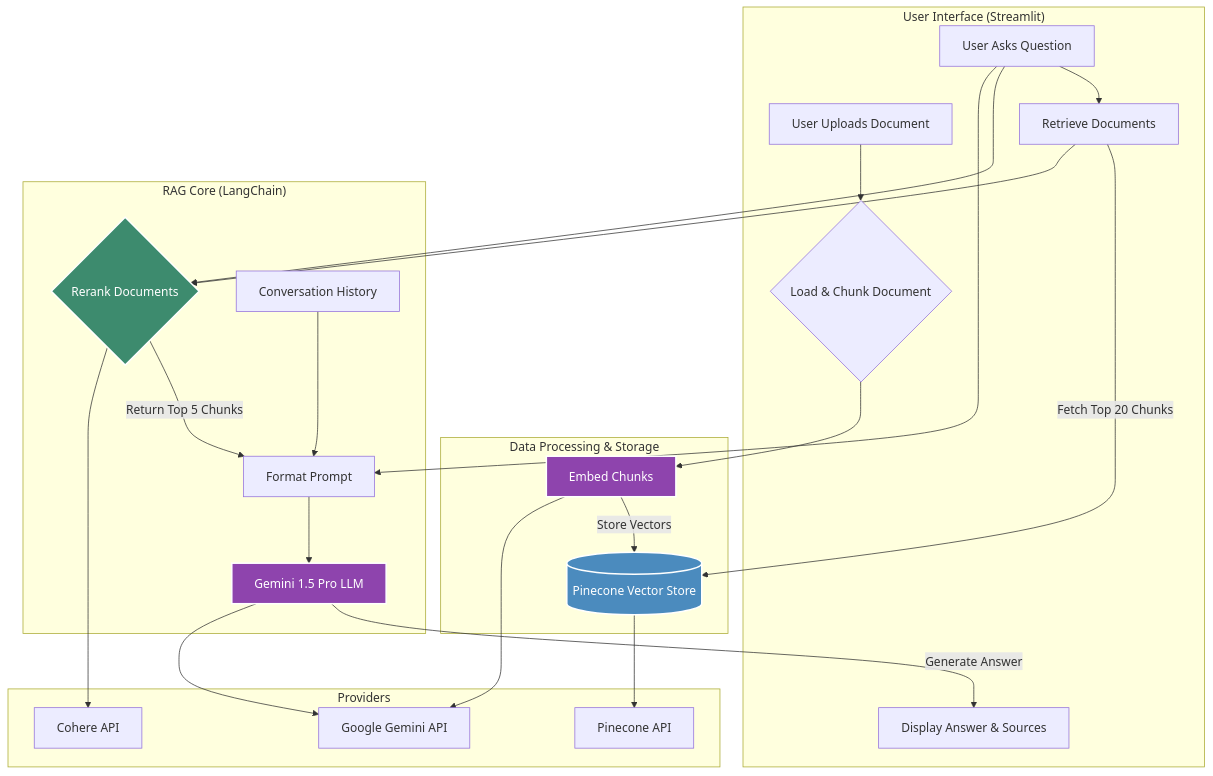
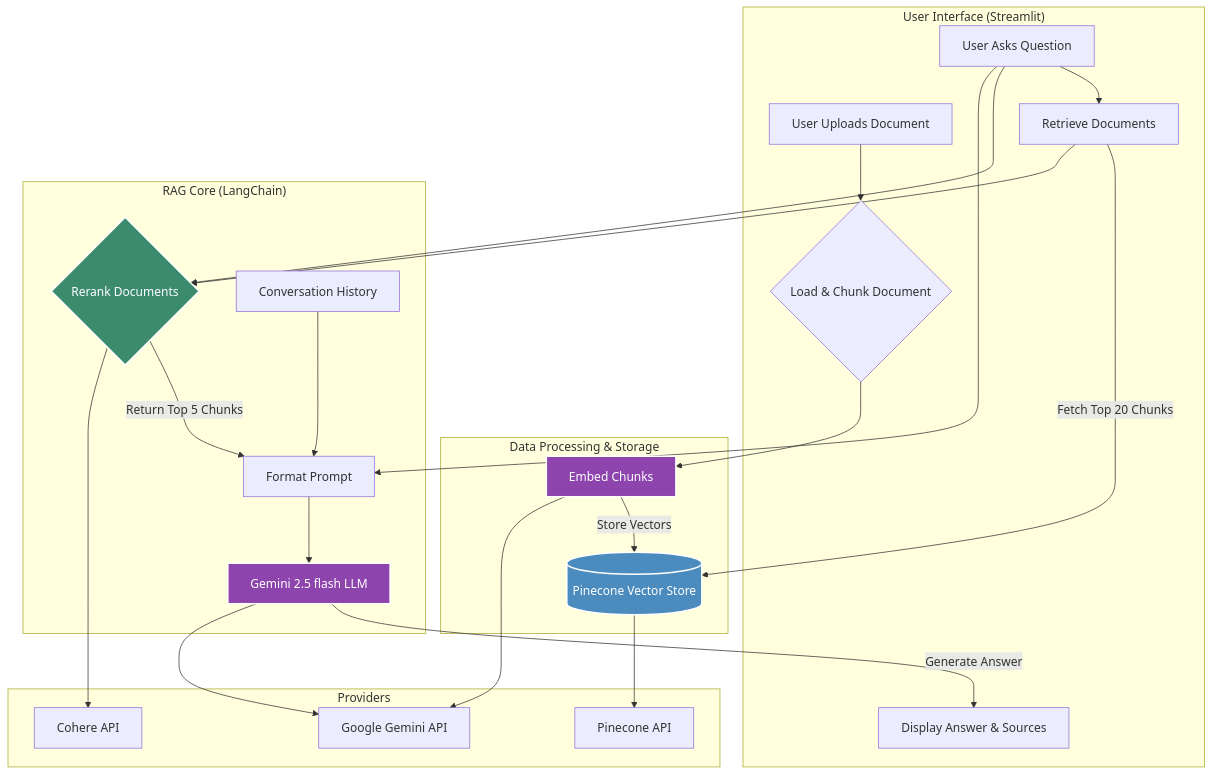
Before and after one commit to yashkahalkar/mini-RAG: the diagram in README.md, drawn with Mermaid. The commit also changed other lines of this file, not shown here.

````diff
--- a/README.md
+++ b/README.md
@@ -40,40 +40,40 @@
 ```mermaid
 graph TD
     subgraph "User Interface (Streamlit)"
         A[User Uploads Document] --> B{Load & Chunk Document};
         C[User Asks Question] --> F[Retrieve Documents];
         L[Display Answer & Sources]
     end
 
     subgraph "Data Processing & Storage"
         B --> D[Embed Chunks];
         D -- Store Vectors --> E[(Pinecone Vector Store)];
     end
 
     subgraph "RAG Core (LangChain)"
         F -- Fetch Top 20 Chunks --> E;
         F --> G{Rerank Documents};
         C --> G;
         G -- Return Top 5 Chunks --> H[Format Prompt];
         I[Conversation History] --> H;
         C --> H;
-        H --> J[Gemini 1.5 Pro LLM];
+        H --> J[Gemini 2.5 flash LLM];
         J -- Generate Answer --> L;
     end
 
     subgraph "Providers"
         style D fill:#8E44AD,stroke:#fff,stroke-width:2px,color:#fff
         style J fill:#8E44AD,stroke:#fff,stroke-width:2px,color:#fff
         style E fill:#4B8BBE,stroke:#fff,stroke-width:2px,color:#fff
         style G fill:#3D8B6E,stroke:#fff,stroke-width:2px,color:#fff
 
         P1[Google Gemini API]
         P2[Pinecone API]
         P3[Cohere API]
     end
 
     D --> P1;
     J --> P1;
     E --> P2;
     G --> P3;
 ```
````
